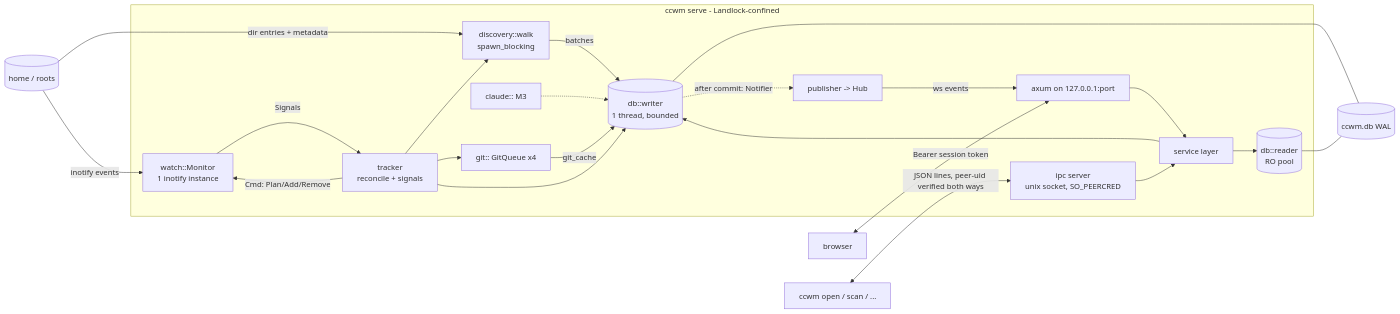
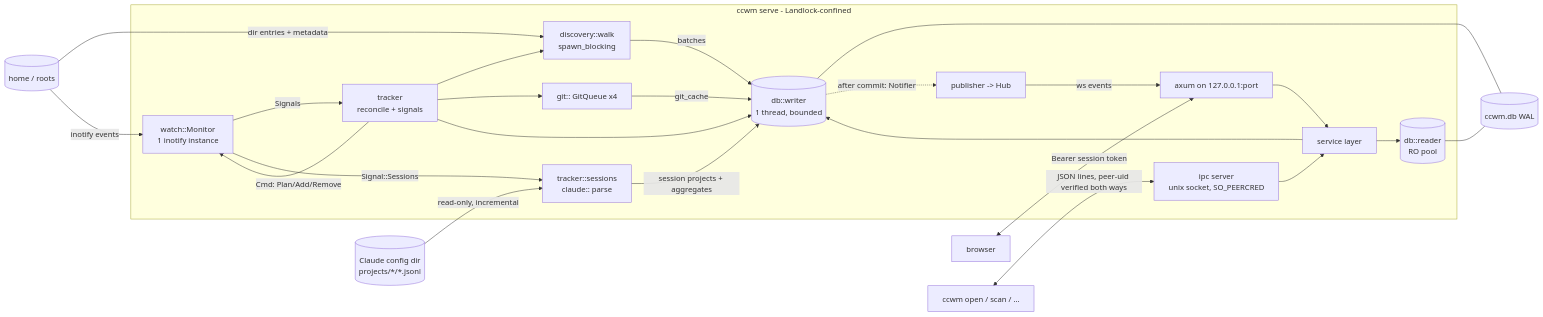
Before and after one commit to aman-2709/cc-workspace-manager: the diagram in ARCHITECTURE.md, drawn with Mermaid. The commit also changed other lines of this file and 68 other files, not shown here.

````diff
--- a/ARCHITECTURE.md
+++ b/ARCHITECTURE.md
@@ -82,36 +89,38 @@
 ```mermaid
 flowchart LR
   subgraph Daemon[ccwm serve - Landlock-confined]
     SCAN[discovery::walk<br/>spawn_blocking]
     SVC[service layer]
     W[(db::writer<br/>1 thread, bounded)]
     R[(db::reader<br/>RO pool)]
     HTTP[axum on 127.0.0.1:port]
     IPC[ipc server<br/>unix socket, SO_PEERCRED]
     WATCH[watch::Monitor<br/>1 inotify instance]
     TRK[tracker<br/>reconcile + signals]
     PUB[publisher -> Hub]
-    SESS[claude:: M3]
+    SESS[tracker::sessions<br/>claude:: parse]
     GIT[git:: GitQueue x4]
   end
   FS[(home / roots)] -->|dir entries + metadata| SCAN
   SCAN -->|batches| W
   W --- DB[(ccwm.db WAL)]
   R --- DB
   HTTP --> SVC
   IPC --> SVC
   SVC --> W
   SVC --> R
   BROWSER[browser] <-->|Bearer session token| HTTP
   CLI[ccwm open / scan / ...] <-->|JSON lines, peer-uid verified both ways| IPC
   FS -->|inotify events| WATCH
   WATCH -->|Signals| TRK
   TRK -->|Cmd: Plan/Add/Remove| WATCH
   TRK --> SCAN
   TRK --> GIT
   GIT -->|git_cache| W
   TRK --> W
   W -.->|after commit: Notifier| PUB
   PUB -->|ws events| HTTP
-  SESS -.-> W
+  CLD[(Claude config dir<br/>projects/*/*.jsonl)] -->|read-only, incremental| SESS
+  WATCH -->|Signal::Sessions| SESS
+  SESS -->|session projects + aggregates| W
 ```
````
